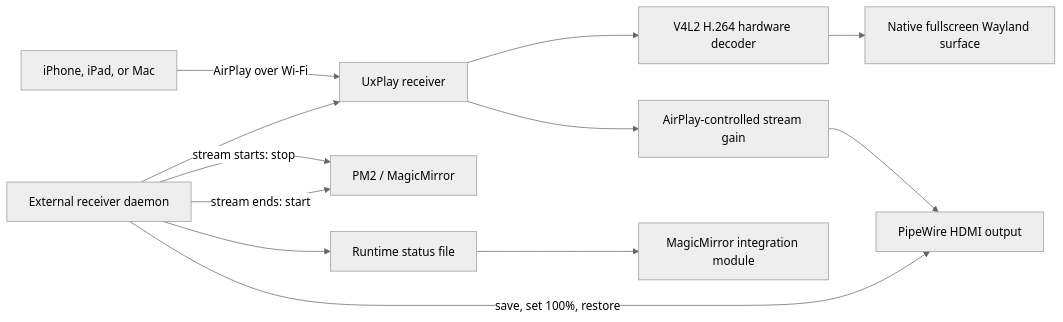
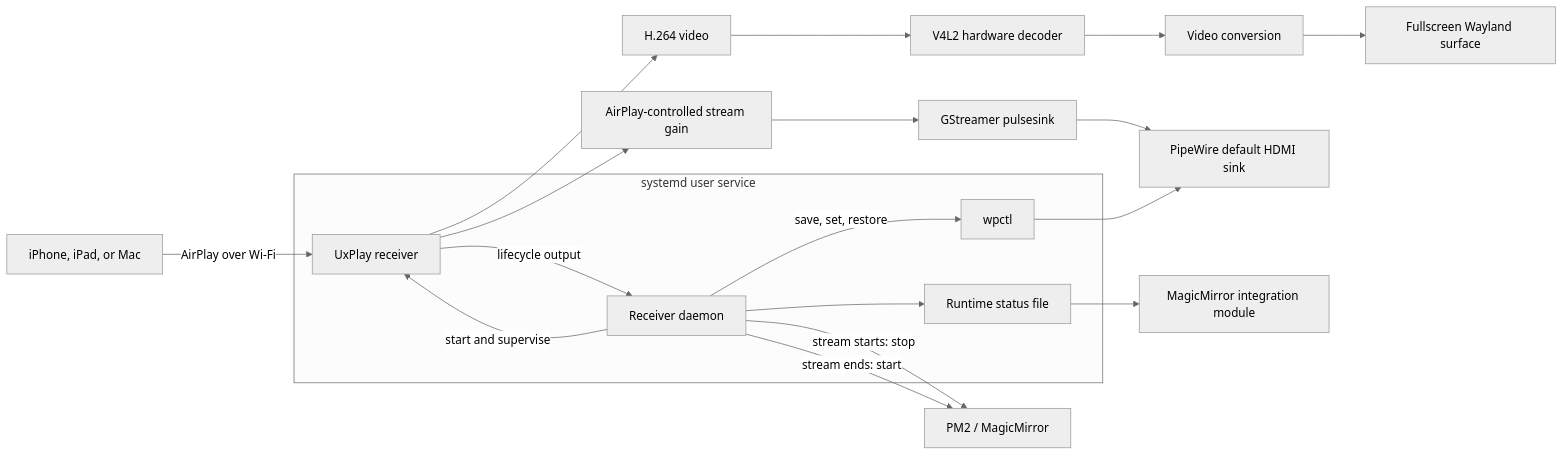
The diagram in README.md (streicherlouw/MMM-Airplay-Receiver), drawn with Mermaid (neutral theme) before and after one commit. The commit also changed other lines of this file, not shown here.

````diff
--- a/README.md
+++ b/README.md
@@ -33,14 +63,25 @@
 ```mermaid
 flowchart LR
     Apple["iPhone, iPad, or Mac"] -->|"AirPlay over Wi-Fi"| UxPlay["UxPlay receiver"]
-    UxPlay --> Decode["V4L2 H.264 hardware decoder"]
-    Decode --> Wayland["Native fullscreen Wayland surface"]
-    UxPlay --> Gain["AirPlay-controlled stream gain"]
-    Gain --> PipeWire["PipeWire HDMI output"]
-    Daemon["External receiver daemon"] --> UxPlay
+
+    subgraph ReceiverService["systemd user service"]
+        Daemon["Receiver daemon"] -->|"start and supervise"| UxPlay
+        UxPlay -->|"lifecycle output"| Daemon
+        Daemon --> Status["Runtime status file"]
+        Daemon -->|"save, set, restore"| Wpctl["wpctl"]
+    end
+
+    UxPlay --> Video["H.264 video"]
+    Video --> Decoder["V4L2 hardware decoder"]
+    Decoder --> Convert["Video conversion"]
+    Convert --> Wayland["Fullscreen Wayland surface"]
+
+    UxPlay --> Audio["AirPlay-controlled stream gain"]
+    Audio --> Pulse["GStreamer pulsesink"]
+    Pulse --> PipeWire["PipeWire default HDMI sink"]
+    Wpctl --> PipeWire
+
     Daemon -->|"stream starts: stop"| PM2["PM2 / MagicMirror"]
     Daemon -->|"stream ends: start"| PM2
-    Daemon -->|"save, set 100%, restore"| PipeWire
-    Daemon --> Status["Runtime status file"]
     Status --> Module["MagicMirror integration module"]
 ```
````
